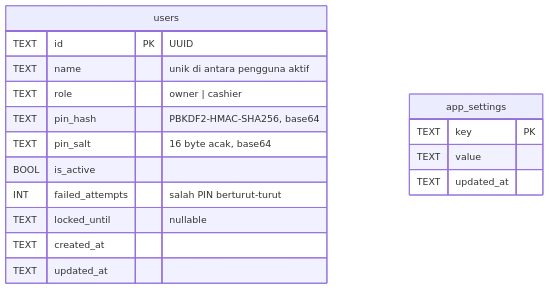
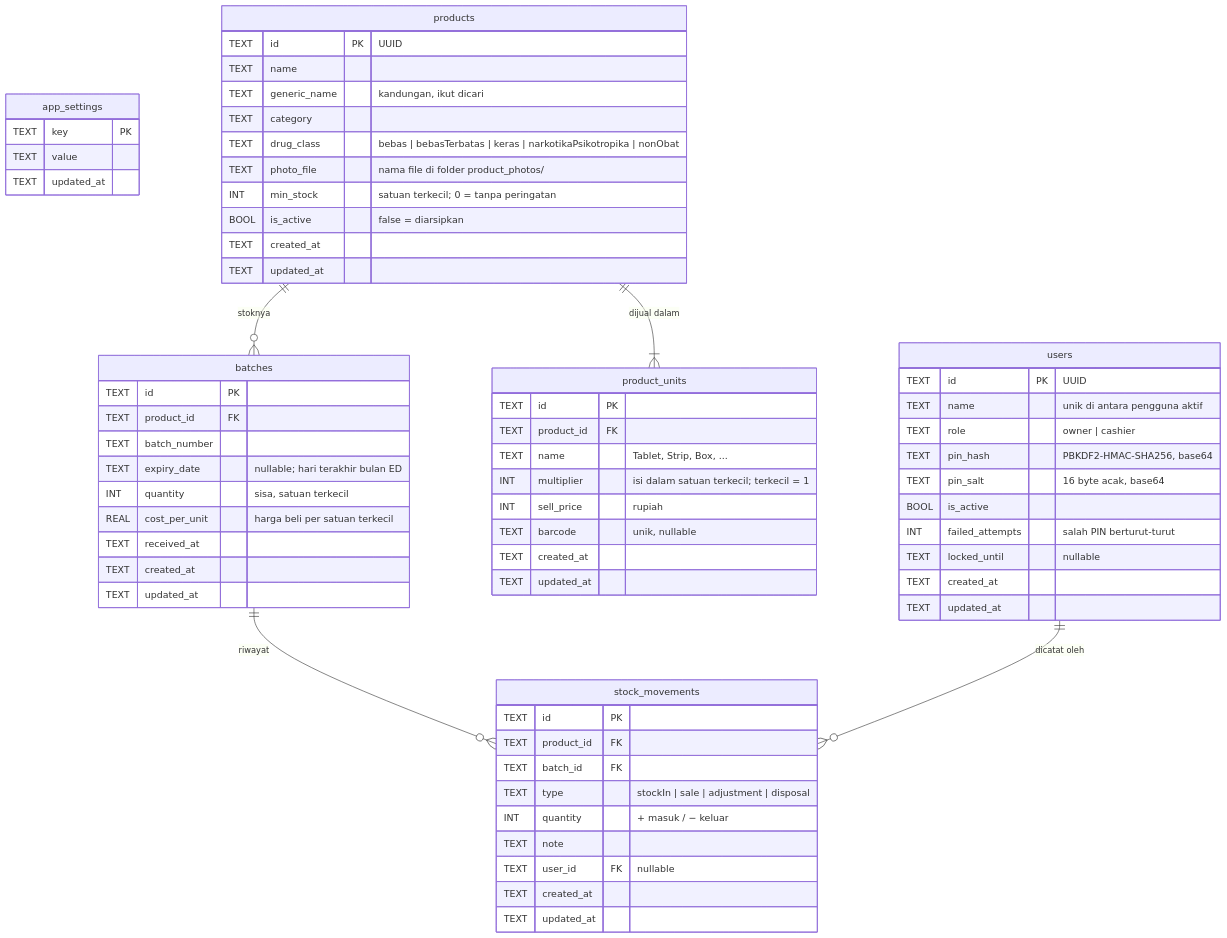
Before and after one commit to faizalzn/pos_apotek: the diagram in docs/DATABASE.md, drawn with Mermaid. The commit also changed other lines of this file and 31 other files, not shown here.

First line of the commit message:
feat: produk — satuan bertingkat, foto, stok per batch (FEFO)

````diff
--- a/docs/DATABASE.md
+++ b/docs/DATABASE.md
@@ -17,20 +17,68 @@
 ```mermaid
 erDiagram
     users {
         TEXT id PK "UUID"
         TEXT name "unik di antara pengguna aktif"
         TEXT role "owner | cashier"
         TEXT pin_hash "PBKDF2-HMAC-SHA256, base64"
         TEXT pin_salt "16 byte acak, base64"
         BOOL is_active
         INT failed_attempts "salah PIN berturut-turut"
         TEXT locked_until "nullable"
         TEXT created_at
         TEXT updated_at
     }
     app_settings {
         TEXT key PK
         TEXT value
         TEXT updated_at
     }
+    products {
+        TEXT id PK "UUID"
+        TEXT name
+        TEXT generic_name "kandungan, ikut dicari"
+        TEXT category
+        TEXT drug_class "bebas | bebasTerbatas | keras | narkotikaPsikotropika | nonObat"
+        TEXT photo_file "nama file di folder product_photos/"
+        INT min_stock "satuan terkecil; 0 = tanpa peringatan"
+        BOOL is_active "false = diarsipkan"
+        TEXT created_at
+        TEXT updated_at
+    }
+    product_units {
+        TEXT id PK
+        TEXT product_id FK
+        TEXT name "Tablet, Strip, Box, ..."
+        INT multiplier "isi dalam satuan terkecil; terkecil = 1"
+        INT sell_price "rupiah"
+        TEXT barcode "unik, nullable"
+        TEXT created_at
+        TEXT updated_at
+    }
+    batches {
+        TEXT id PK
+        TEXT product_id FK
+        TEXT batch_number
+        TEXT expiry_date "nullable; hari terakhir bulan ED"
+        INT quantity "sisa, satuan terkecil"
+        REAL cost_per_unit "harga beli per satuan terkecil"
+        TEXT received_at
+        TEXT created_at
+        TEXT updated_at
+    }
+    stock_movements {
+        TEXT id PK
+        TEXT product_id FK
+        TEXT batch_id FK
+        TEXT type "stockIn | sale | adjustment | disposal"
+        INT quantity "+ masuk / − keluar"
+        TEXT note
+        TEXT user_id FK "nullable"
+        TEXT created_at
+        TEXT updated_at
+    }
+    products ||--|{ product_units : "dijual dalam"
+    products ||--o{ batches : "stoknya"
+    batches ||--o{ stock_movements : "riwayat"
+    users ||--o{ stock_movements : "dicatat oleh"
 ```
````
